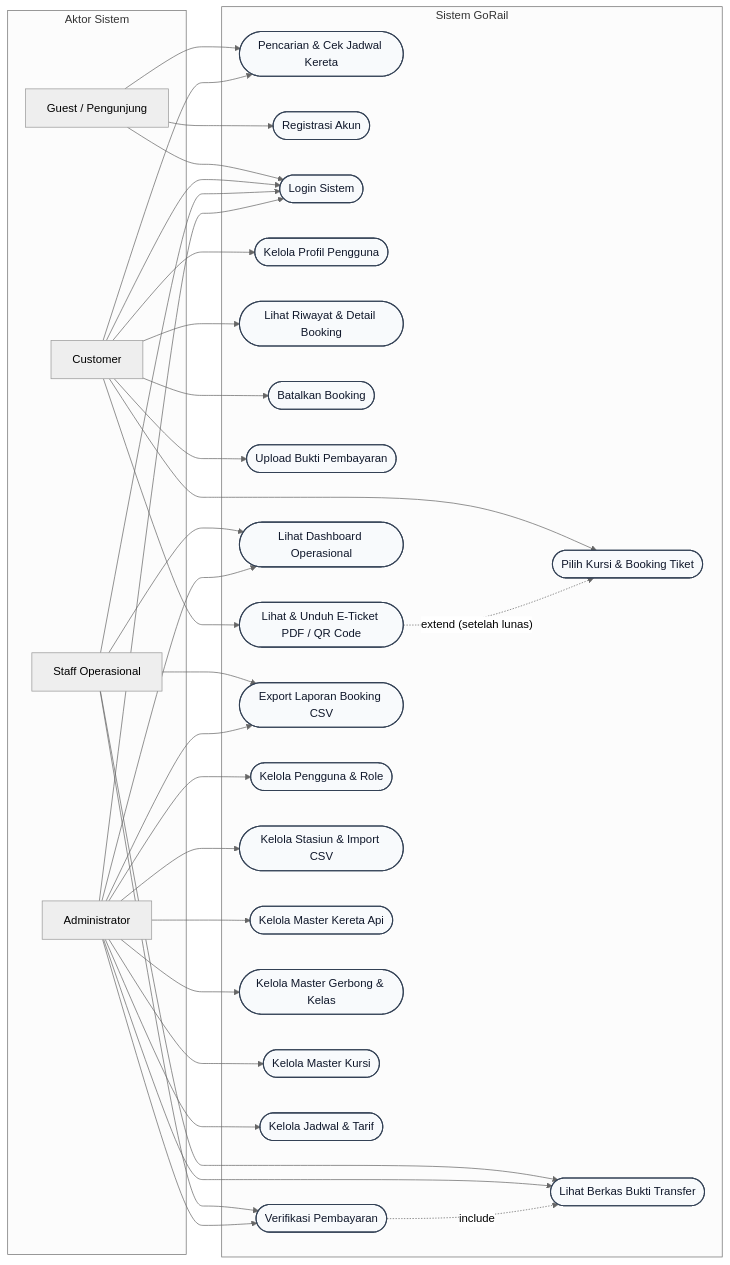
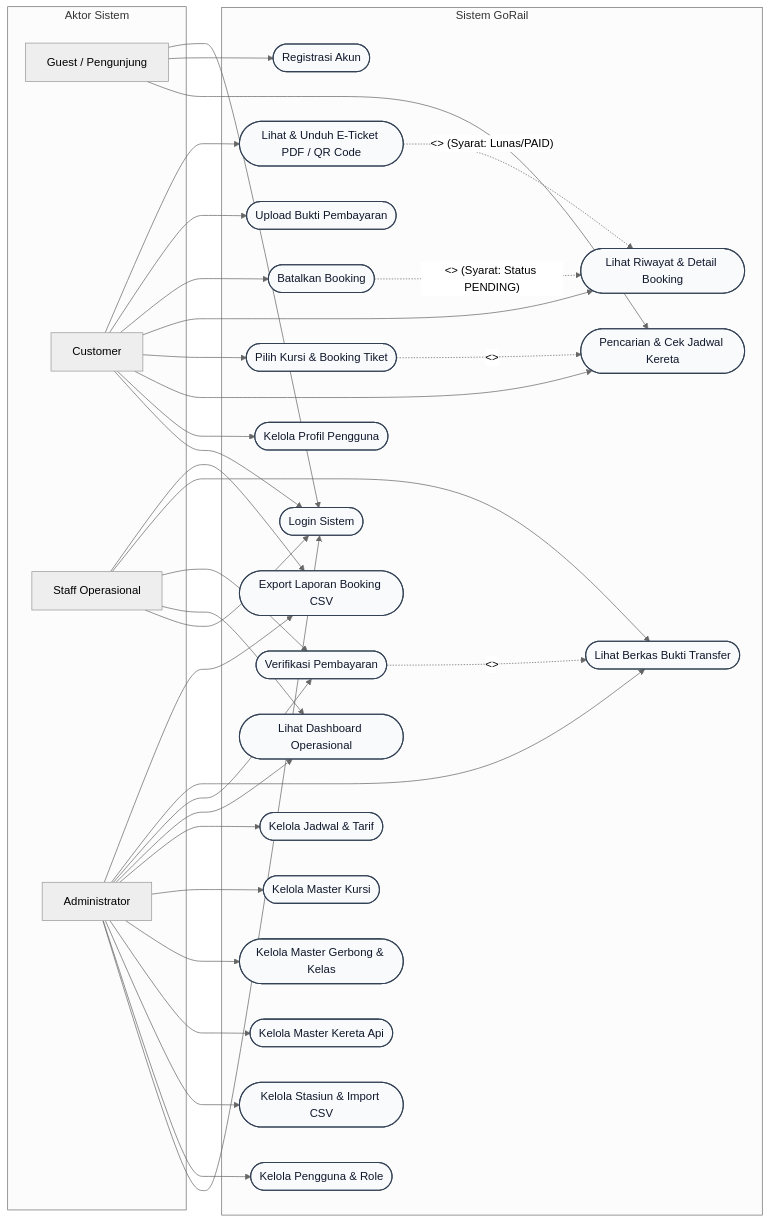
Before and after one commit to Tedshub/GoRail: the diagram in README.md, drawn with Mermaid (neutral theme). The commit also changed other lines of this file, not shown here.

````diff
--- a/README.md
+++ b/README.md
@@ -83,9 +83,11 @@
     Admin --> UC_ViewProof
     Admin --> UC_Export
 
-    %% Relations
-    UC_Verify -.->|"include"| UC_ViewProof
-    UC_Ticket -.->|"extend (setelah lunas)"| UC_Seat
+    %% Relations (Include & Extend)
+    UC_Verify -.->|"<<include>>"| UC_ViewProof
+    UC_Seat -.->|"<<include>>"| UC_Search
+    UC_Ticket -.->|"<<extend>> (Syarat: Lunas/PAID)"| UC_Hist
+    UC_Cancel -.->|"<<extend>> (Syarat: Status PENDING)"| UC_Hist
 
     classDef uc fill:#f8fafc,stroke:#334155,stroke-width:1.5px,color:#0f172a;
 ```
````
